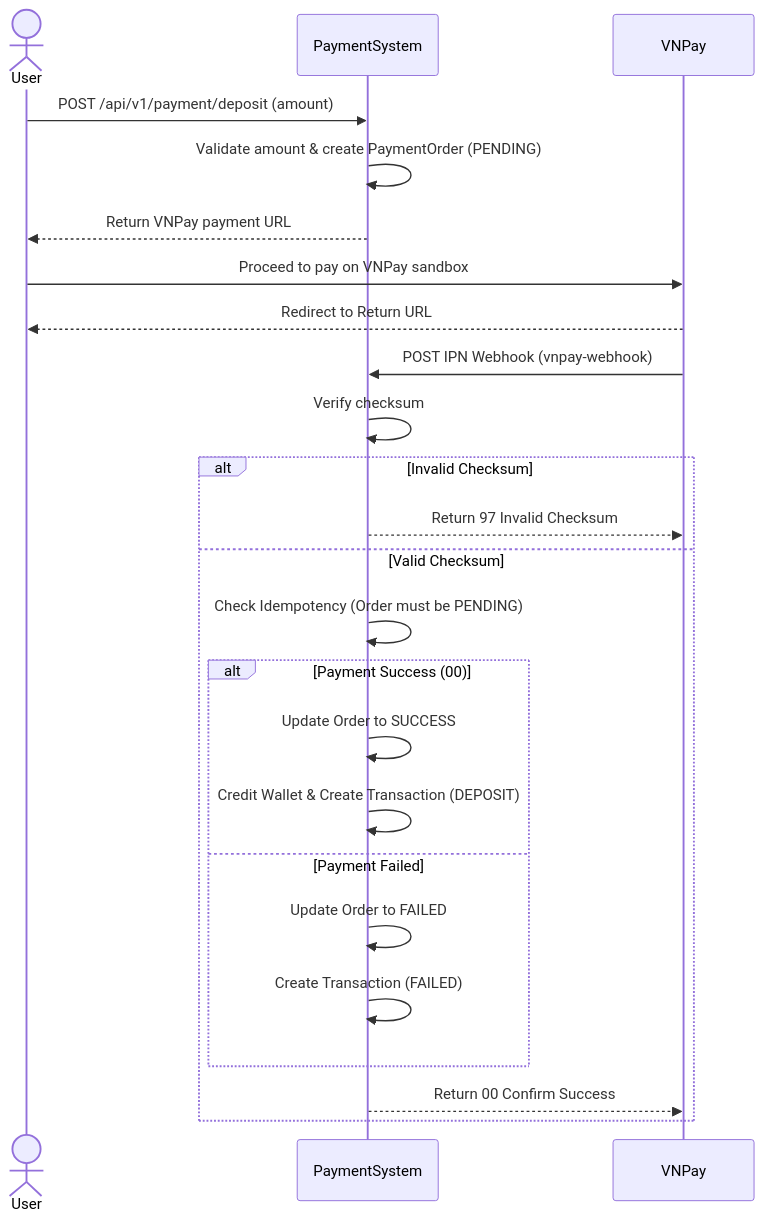
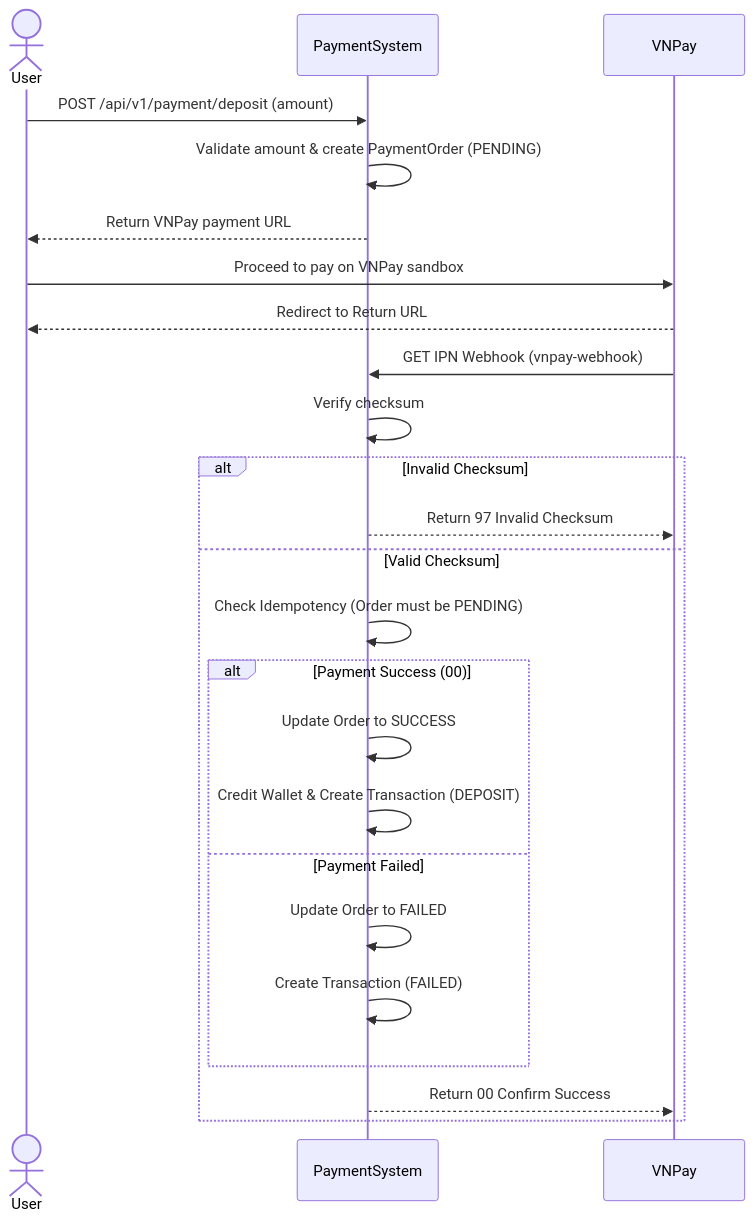
Before and after one commit to TrinhDacNhatMinh/payment-system-backend: the second of 4 diagrams in README.md, drawn with Mermaid. The commit also changed other lines of this file and 4 other files, not shown here.

````diff
--- a/README.md
+++ b/README.md
@@ -264,27 +190,27 @@
 ```mermaid
 sequenceDiagram
     actor User
     participant App as PaymentSystem
     participant VNPay
 
     User->>App: POST /api/v1/payment/deposit (amount)
     App->>App: Validate amount & create PaymentOrder (PENDING)
     App-->>User: Return VNPay payment URL
     User->>VNPay: Proceed to pay on VNPay sandbox
     VNPay-->>User: Redirect to Return URL
-    VNPay->>App: POST IPN Webhook (vnpay-webhook)
+    VNPay->>App: GET IPN Webhook (vnpay-webhook)
     App->>App: Verify checksum
     alt Invalid Checksum
         App-->>VNPay: Return 97 Invalid Checksum
     else Valid Checksum
         App->>App: Check Idempotency (Order must be PENDING)
         alt Payment Success (00)
             App->>App: Update Order to SUCCESS
             App->>App: Credit Wallet & Create Transaction (DEPOSIT)
         else Payment Failed
             App->>App: Update Order to FAILED
             App->>App: Create Transaction (FAILED)
         end
         App-->>VNPay: Return 00 Confirm Success
     end
 ```
````
